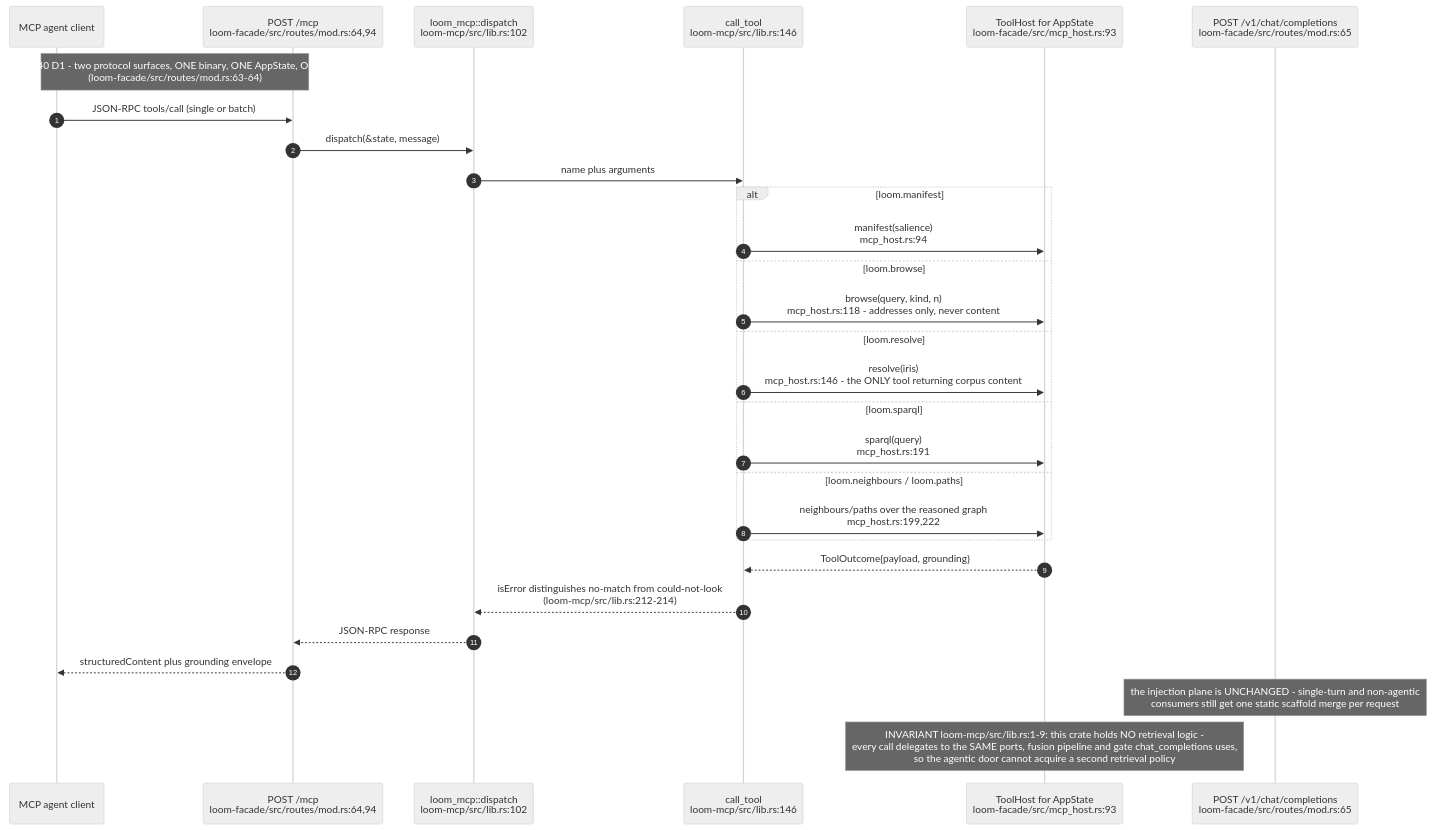
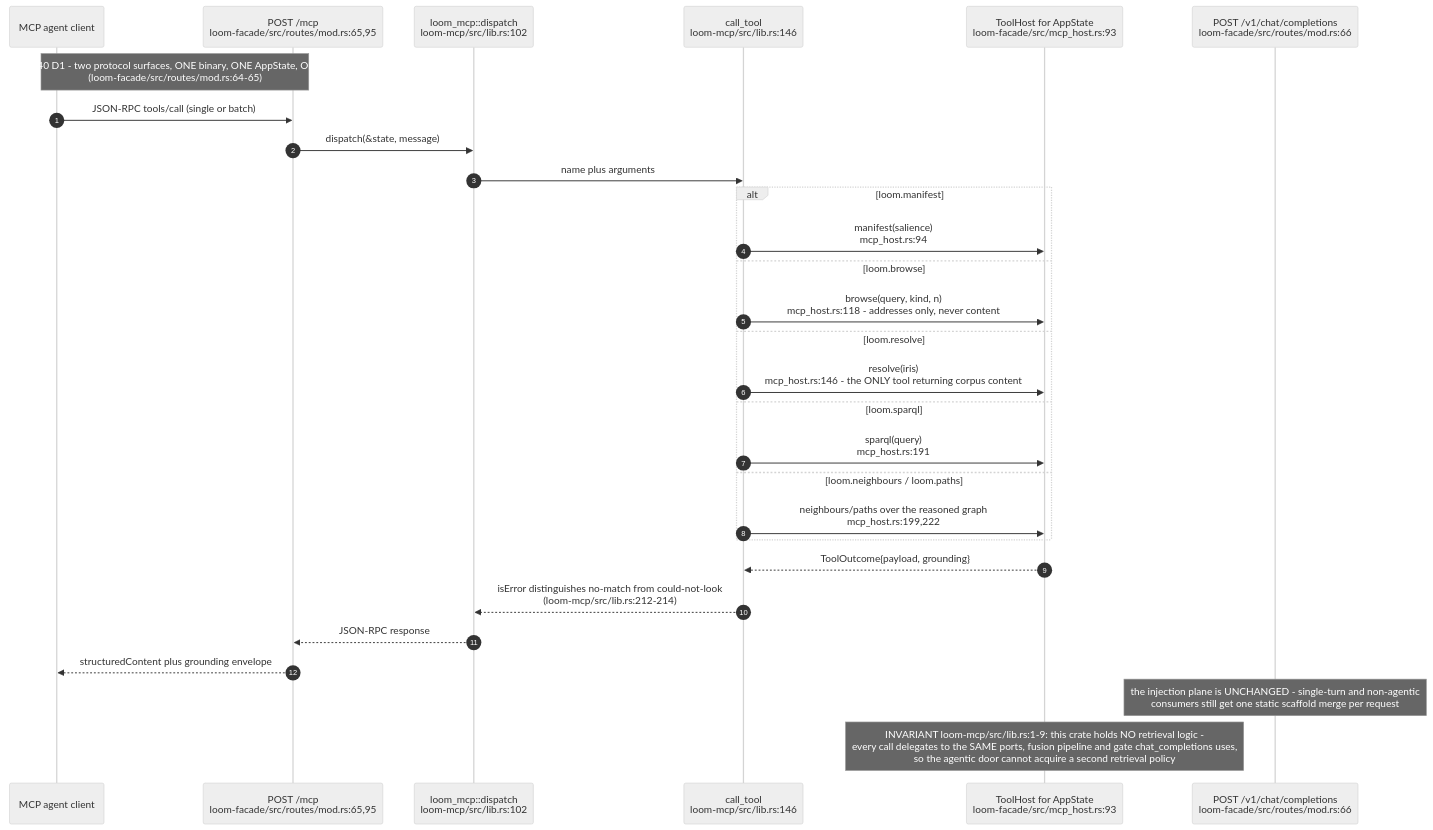
One commit to DreamLab-AI/VisionFlow changed diagram 11 of 14 in docs/diagrams/agentbox/24-loom-facade.md. Above: the diagram before and after it, drawn with Mermaid (neutral theme). The commit also changed other lines of this file and 160 other files, not shown here.

````diff
--- a/docs/diagrams/agentbox/24-loom-facade.md
+++ b/docs/diagrams/agentbox/24-loom-facade.md
@@ -406,32 +424,32 @@
 ```mermaid
 sequenceDiagram
     autonumber
     participant AG as MCP agent client
-    participant MCP as POST /mcp<br/>loom-facade/src/routes/mod.rs:64,94
+    participant MCP as POST /mcp<br/>loom-facade/src/routes/mod.rs:65,95
     participant DISP as loom_mcp::dispatch<br/>loom-mcp/src/lib.rs:102
     participant CT as call_tool<br/>loom-mcp/src/lib.rs:146
     participant TH as ToolHost for AppState<br/>loom-facade/src/mcp_host.rs:93
-    participant CHAT as POST /v1/chat/completions<br/>loom-facade/src/routes/mod.rs:65
+    participant CHAT as POST /v1/chat/completions<br/>loom-facade/src/routes/mod.rs:66
 
-    Note over AG,MCP: ADR-140 D1 - two protocol surfaces, ONE binary, ONE AppState, ONE gate<br/>(loom-facade/src/routes/mod.rs:63-64)
+    Note over AG,MCP: ADR-140 D1 - two protocol surfaces, ONE binary, ONE AppState, ONE gate<br/>(loom-facade/src/routes/mod.rs:64-65)
     AG->>MCP: JSON-RPC tools/call (single or batch)
     MCP->>DISP: dispatch(&state, message)
     DISP->>CT: name plus arguments
     alt loom.manifest
         CT->>TH: manifest(salience)<br/>mcp_host.rs:94
     else loom.browse
         CT->>TH: browse(query, kind, n)<br/>mcp_host.rs:118 - addresses only, never content
     else loom.resolve
         CT->>TH: resolve(iris)<br/>mcp_host.rs:146 - the ONLY tool returning corpus content
     else loom.sparql
         CT->>TH: sparql(query)<br/>mcp_host.rs:191
     else loom.neighbours / loom.paths
         CT->>TH: neighbours/paths over the reasoned graph<br/>mcp_host.rs:199,222
     end
     TH-->>CT: ToolOutcome{payload, grounding}
     CT-->>DISP: isError distinguishes no-match from could-not-look<br/>(loom-mcp/src/lib.rs:212-214)
     DISP-->>MCP: JSON-RPC response
     MCP-->>AG: structuredContent plus grounding envelope
     Note over CHAT: the injection plane is UNCHANGED - single-turn and non-agentic<br/>consumers still get one static scaffold merge per request
     Note over TH: INVARIANT loom-mcp/src/lib.rs:1-9: this crate holds NO retrieval logic -<br/>every call delegates to the SAME ports, fusion pipeline and gate chat_completions uses,<br/>so the agentic door cannot acquire a second retrieval policy
 ```
````
